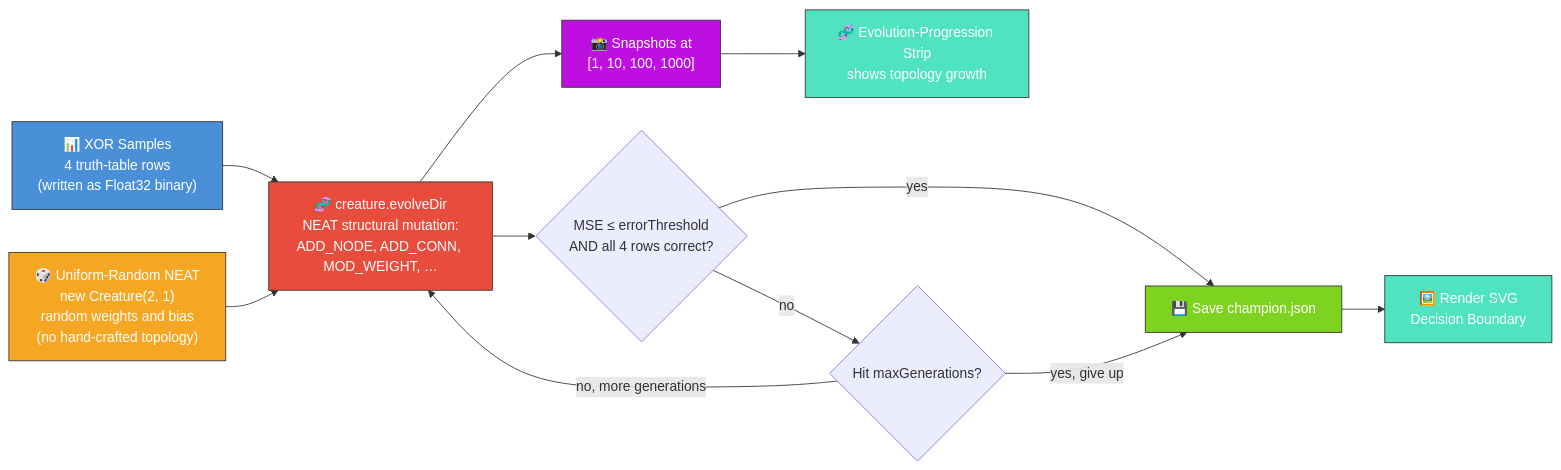
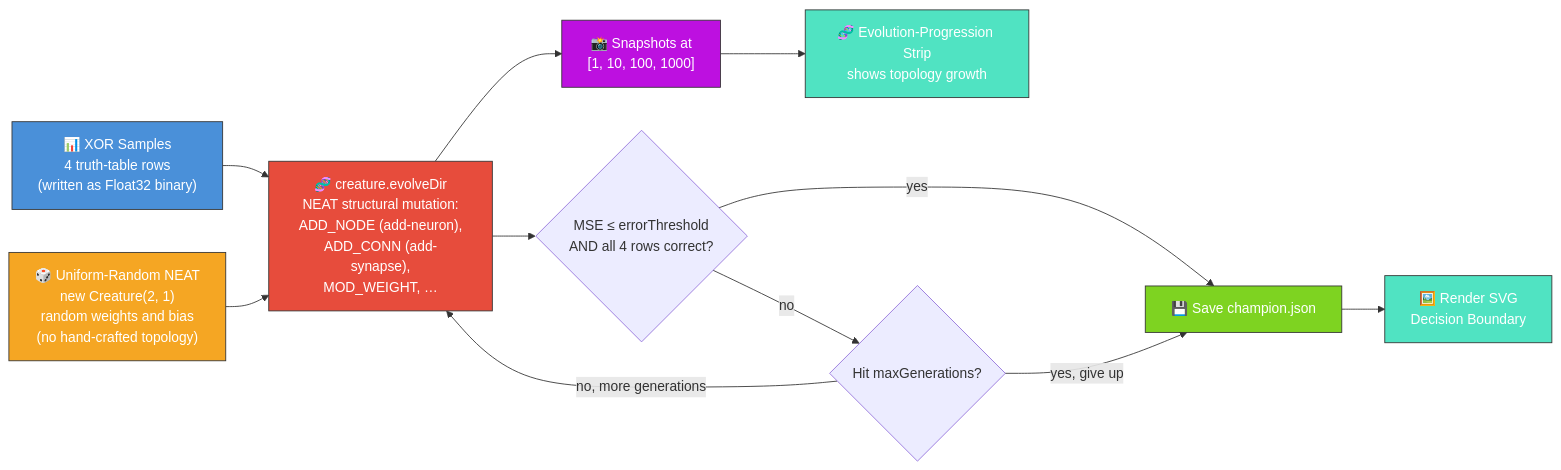
The diagram in xor_classification/README.md (stSoftwareAU/NEAT-AI-Examples), drawn with Mermaid before and after one commit. The commit also changed other lines of this file and 1 other file, not shown here.

First line of the commit message:
xor_classification: refresh README to describe NEAT topology discovery (#132)

````diff
--- a/xor_classification/README.md
+++ b/xor_classification/README.md
@@ -23,31 +23,31 @@
 ```mermaid
 flowchart LR
     DATA["📊 XOR Samples<br/>4 truth-table rows<br/>(written as Float32 binary)"]
     SEED["🎲 Uniform-Random NEAT<br/>new Creature(2, 1)<br/>random weights and bias<br/>(no hand-crafted topology)"]
-    EVOLVE["🧬 creature.evolveDir<br/>NEAT structural mutation:<br/>ADD_NODE, ADD_CONN, MOD_WEIGHT, …"]
+    EVOLVE["🧬 creature.evolveDir<br/>NEAT structural mutation:<br/>ADD_NODE (add-neuron),<br/>ADD_CONN (add-synapse),<br/>MOD_WEIGHT, …"]
     SNAP["📸 Snapshots at<br/>[1, 10, 100, 1000]"]
     SOLVED{"MSE ≤ errorThreshold<br/>AND all 4 rows correct?"}
     CAP{"Hit maxGenerations?"}
     CHAMP["💾 Save champion.json"]
     RENDER["🖼️ Render SVG<br/>Decision Boundary"]
     STRIP["🧬 Evolution-Progression Strip<br/>shows topology growth"]
 
     DATA --> EVOLVE
     SEED --> EVOLVE
     EVOLVE --> SNAP
     EVOLVE --> SOLVED
     SOLVED -- yes --> CHAMP
     SOLVED -- no --> CAP
     CAP -- no, more generations --> EVOLVE
     CAP -- yes, give up --> CHAMP
     CHAMP --> RENDER
     SNAP --> STRIP
 
     style DATA fill:#4a90d9,stroke:#333,color:#fff
     style SEED fill:#f5a623,stroke:#333,color:#fff
     style EVOLVE fill:#e74c3c,stroke:#333,color:#fff
     style SNAP fill:#bd10e0,stroke:#333,color:#fff
     style CHAMP fill:#7ed321,stroke:#333,color:#fff
     style RENDER fill:#50e3c2,stroke:#333,color:#fff
     style STRIP fill:#50e3c2,stroke:#333,color:#fff
 ```
````
